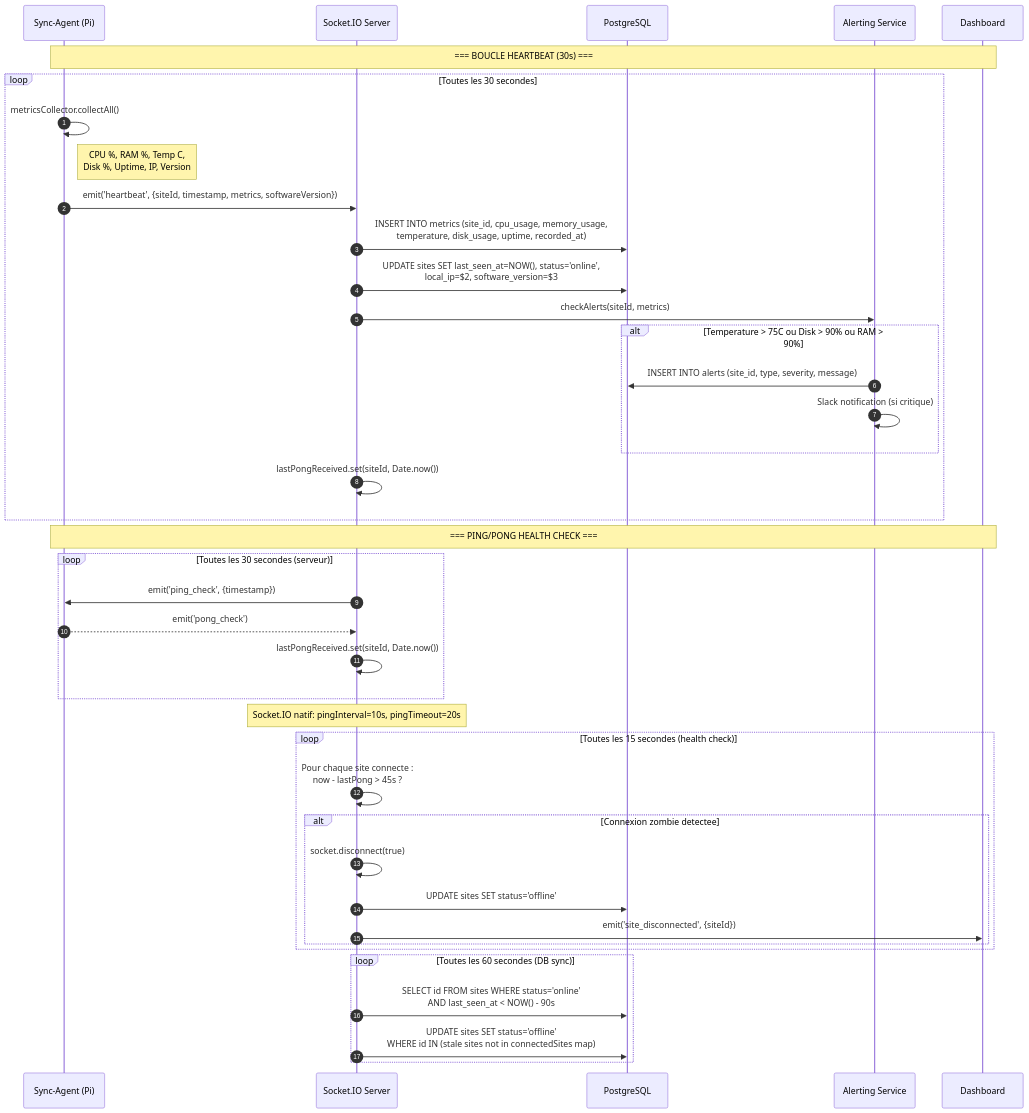
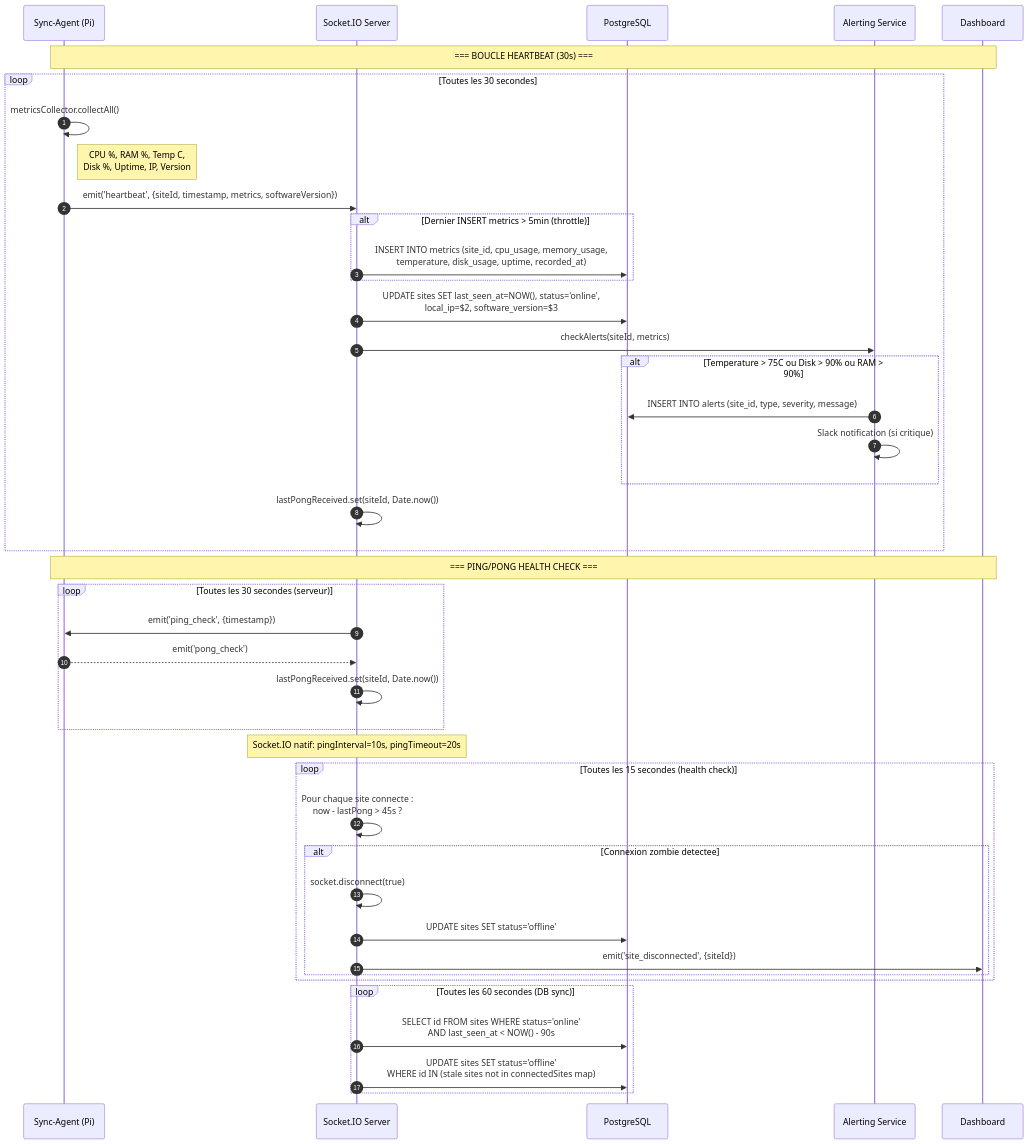
One commit to Tallec7/madxp changed the third of 6 diagrams in docs/technical/diagrams/02-sync-pi-cloud-sequence.md. Above: the diagram before and after it, drawn with Mermaid. The commit also changed 3 other files, not shown here.

First line of the commit message:
perf(metrics): throttle Pi metrics DB persistence to 5min/site

````diff
--- a/docs/technical/diagrams/02-sync-pi-cloud-sequence.md
+++ b/docs/technical/diagrams/02-sync-pi-cloud-sequence.md
@@ -85,53 +85,55 @@
 ```mermaid
 sequenceDiagram
     autonumber
     participant Pi as Sync-Agent (Pi)
     participant WS as Socket.IO Server
     participant DB as PostgreSQL
     participant Alert as Alerting Service
     participant Dash as Dashboard
 
     Note over Pi,Dash: === BOUCLE HEARTBEAT (30s) ===
 
     loop Toutes les 30 secondes
         Pi->>Pi: metricsCollector.collectAll()
         Note right of Pi: CPU %, RAM %, Temp C,<br/>Disk %, Uptime, IP, Version
 
         Pi->>WS: emit('heartbeat', {siteId, timestamp, metrics, softwareVersion})
 
-        WS->>DB: INSERT INTO metrics (site_id, cpu_usage, memory_usage,<br/>temperature, disk_usage, uptime, recorded_at)
+        alt Dernier INSERT metrics > 5min (throttle)
+            WS->>DB: INSERT INTO metrics (site_id, cpu_usage, memory_usage,<br/>temperature, disk_usage, uptime, recorded_at)
+        end
         WS->>DB: UPDATE sites SET last_seen_at=NOW(), status='online',<br/>local_ip=$2, software_version=$3
 
         WS->>Alert: checkAlerts(siteId, metrics)
         alt Temperature > 75C ou Disk > 90% ou RAM > 90%
             Alert->>DB: INSERT INTO alerts (site_id, type, severity, message)
             Alert->>Alert: Slack notification (si critique)
         end
 
         WS->>WS: lastPongReceived.set(siteId, Date.now())
     end
 
     Note over Pi,Dash: === PING/PONG HEALTH CHECK ===
 
     loop Toutes les 30 secondes (serveur)
         WS->>Pi: emit('ping_check', {timestamp})
         Pi-->>WS: emit('pong_check')
         WS->>WS: lastPongReceived.set(siteId, Date.now())
     end
 
     Note over WS: Socket.IO natif: pingInterval=10s, pingTimeout=20s
 
     loop Toutes les 15 secondes (health check)
         WS->>WS: Pour chaque site connecte :<br/>now - lastPong > 45s ?
         alt Connexion zombie detectee
             WS->>WS: socket.disconnect(true)
             WS->>DB: UPDATE sites SET status='offline'
             WS->>Dash: emit('site_disconnected', {siteId})
         end
     end
 
     loop Toutes les 60 secondes (DB sync)
         WS->>DB: SELECT id FROM sites WHERE status='online'<br/>AND last_seen_at < NOW() - 90s
         WS->>DB: UPDATE sites SET status='offline'<br/>WHERE id IN (stale sites not in connectedSites map)
     end
 ```
````
